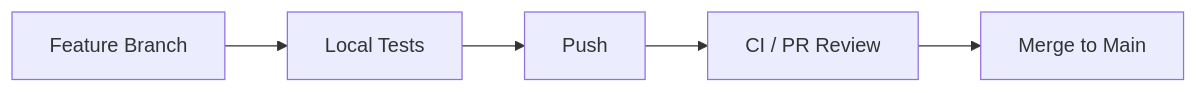
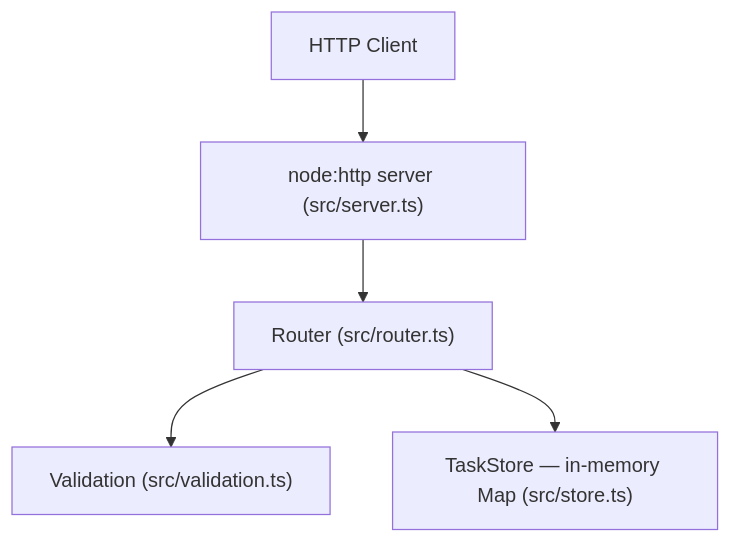
One commit to vbonk/repo-template-example changed the second of 2 diagrams in AGENTS.md. Above: the diagram before and after it, drawn with Mermaid. The commit also changed other lines of this file and 16 other files, not shown here.

````diff
--- a/AGENTS.md
+++ b/AGENTS.md
@@ -142,7 +49,7 @@
 ```mermaid
-graph LR
-    A[Feature Branch] --> B[Local Tests]
-    B --> C[Push]
-    C --> D[CI / PR Review]
-    D --> E[Merge to Main]
+graph TD
+    A[HTTP Client] --> B["node:http server (src/server.ts)"]
+    B --> C["Router (src/router.ts)"]
+    C --> D["Validation (src/validation.ts)"]
+    C --> E["TaskStore — in-memory Map (src/store.ts)"]
 ```
````
